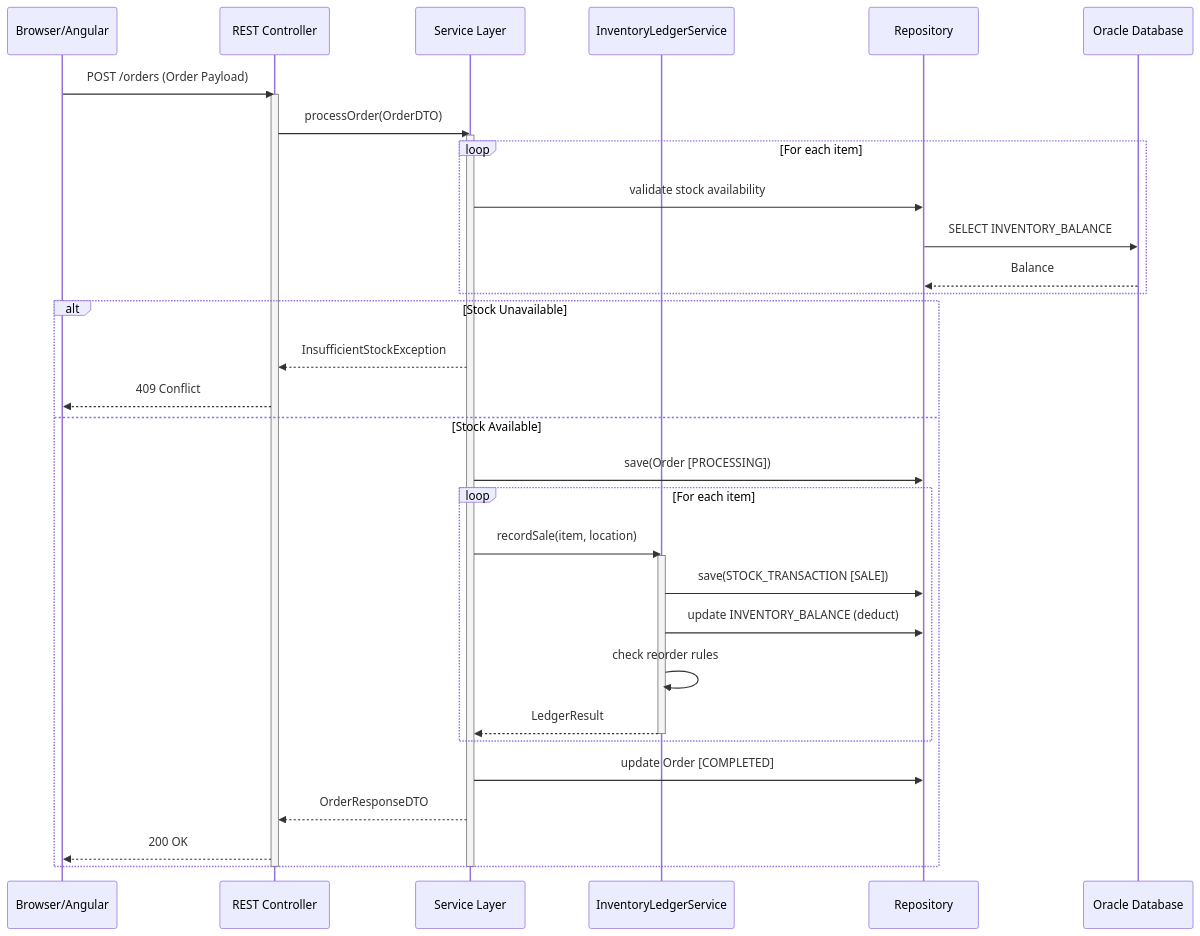
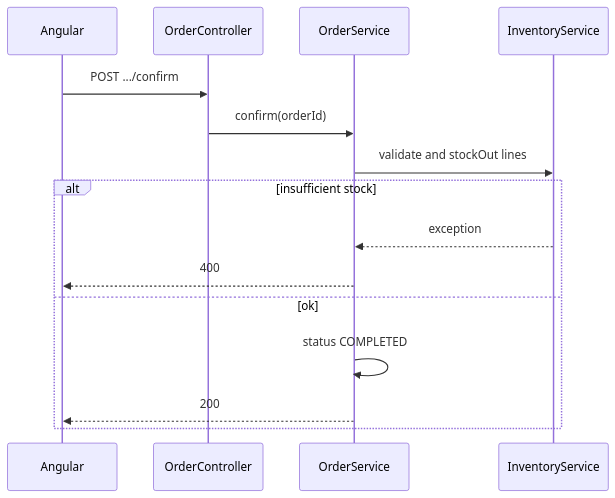
The fourth of 7 diagrams in docs/sequence-diagrams.md (kirtika-0102/StockSmart), drawn with Mermaid before and after one commit. The commit also changed other lines of this file and 74 other files, not shown here.

Commit message:
architecture of application

````diff
--- a/docs/sequence-diagrams.md
+++ b/docs/sequence-diagrams.md
@@ -288,43 +76,18 @@
 ```mermaid
 sequenceDiagram
-    participant U as Browser/Angular
-    participant C as REST Controller
-    participant OS as Service Layer
-    participant LS as InventoryLedgerService
-    participant R as Repository
-    participant DB as Oracle Database
+    participant A as Angular
+    participant C as OrderController
+    participant O as OrderService
+    participant Inv as InventoryService
 
-    U->>C: POST /orders (Order Payload)
-    activate C
-    C->>OS: processOrder(OrderDTO)
-    activate OS
-    
-    loop For each item
-        OS->>R: validate stock availability
-        R->>DB: SELECT INVENTORY_BALANCE
-        DB-->>R: Balance
+    A->>C: POST .../confirm
+    C->>O: confirm(orderId)
+    O->>Inv: validate and stockOut lines
+    alt insufficient stock
+        Inv-->>O: exception
+        O-->>A: 400
+    else ok
+        O->>O: status COMPLETED
+        O-->>A: 200
     end
-    
-    alt Stock Unavailable
-        OS-->>C: InsufficientStockException
-        C-->>U: 409 Conflict
-    else Stock Available
-        OS->>R: save(Order [PROCESSING])
-        
-        loop For each item
-            OS->>LS: recordSale(item, location)
-            activate LS
-            LS->>R: save(STOCK_TRANSACTION [SALE])
-            LS->>R: update INVENTORY_BALANCE (deduct)
-            LS->>LS: check reorder rules
-            LS-->>OS: LedgerResult
-            deactivate LS
-        end
-        
-        OS->>R: update Order [COMPLETED]
-        OS-->>C: OrderResponseDTO
-        C-->>U: 200 OK
-    end
-    deactivate OS
-    deactivate C
 ```
````
